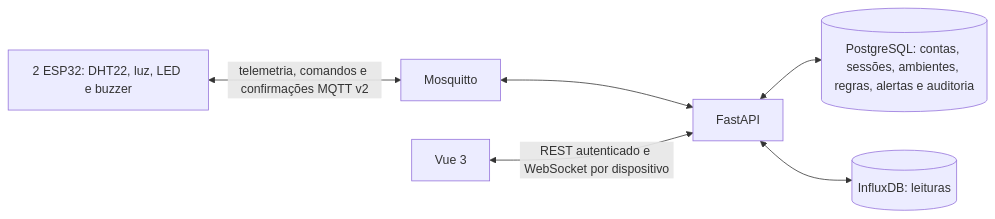
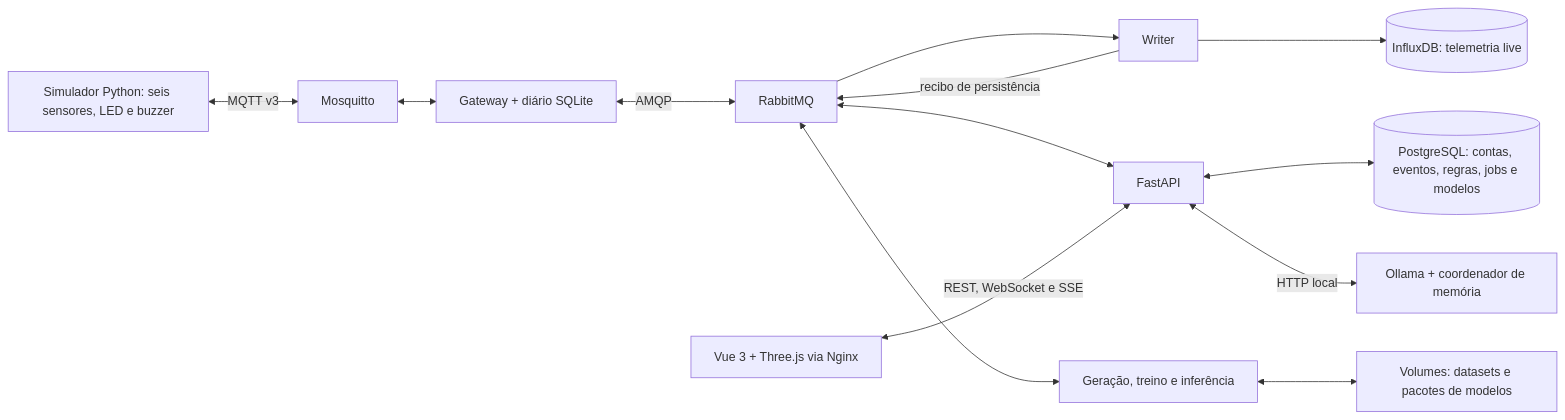
One commit to VitorFcosta/ColdSafe changed the diagram in README.md. Above: the diagram before and after it, drawn with Mermaid. The commit also changed other lines of this file and 10 other files, not shown here.

First line of the commit message:
docs(aiot): conclui README, diagramas e roteiro final

````diff
--- a/README.md
+++ b/README.md
@@ -14,8 +14,15 @@
 ```mermaid
 flowchart LR
-    ESP[2 ESP32: DHT22, luz, LED e buzzer] <-->|telemetria, comandos e confirmações MQTT v2| MQTT[Mosquitto]
-    MQTT <--> API[FastAPI]
-    API <--> PG[(PostgreSQL: contas, sessões, ambientes, regras, alertas e auditoria)]
-    API <--> IN[(InfluxDB: leituras)]
-    WEB[Vue 3] <-->|REST autenticado e WebSocket por dispositivo| API
+  S[Simulador Python: seis sensores, LED e buzzer] <-->|MQTT v3| M[Mosquitto]
+  M <--> G[Gateway + diário SQLite]
+  G <-->|AMQP| R[RabbitMQ]
+  R --> W[Writer]
+  W --> I[(InfluxDB: telemetria live)]
+  W -->|recibo de persistência| R
+  R <--> A[FastAPI]
+  A <--> P[(PostgreSQL: contas, eventos, regras, jobs e modelos)]
+  R <--> J[Geração, treino e inferência]
+  J <--> V[Volumes: datasets e pacotes de modelos]
+  A <-->|HTTP local| O[Ollama + coordenador de memória]
+  U[Vue 3 + Three.js via Nginx] <-->|REST, WebSocket e SSE| A
 ```
````
